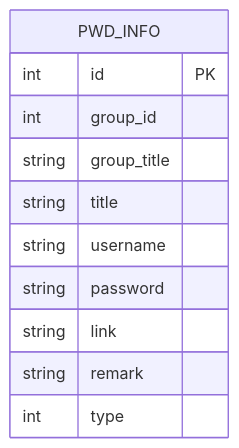
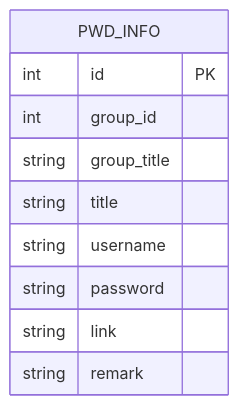
The third of 7 diagrams in .qoder/repowiki/zh/content/架构设计/数据库层架构/Mapper层设计/密码信息Mapper.md (scgithub3220216/password-manager), drawn with Mermaid before and after one commit. The commit also changed other lines of this file and 17 other files, not shown here.

````diff
--- a/.qoder/repowiki/zh/content/架构设计/数据库层架构/Mapper层设计/密码信息Mapper.md
+++ b/.qoder/repowiki/zh/content/架构设计/数据库层架构/Mapper层设计/密码信息Mapper.md
@@ -160,14 +130,13 @@
 ```mermaid
 erDiagram
 PWD_INFO {
 int id PK
 int group_id
 string group_title
 string title
 string username
 string password
 string link
 string remark
-int type
 }
 ```
````
